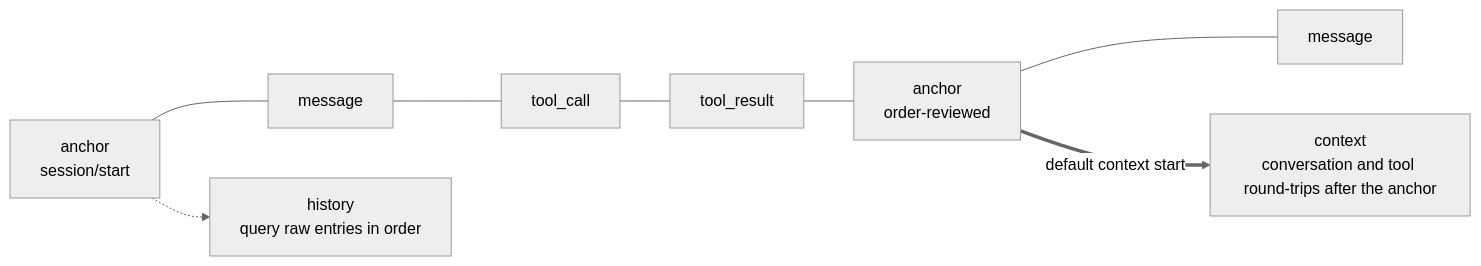
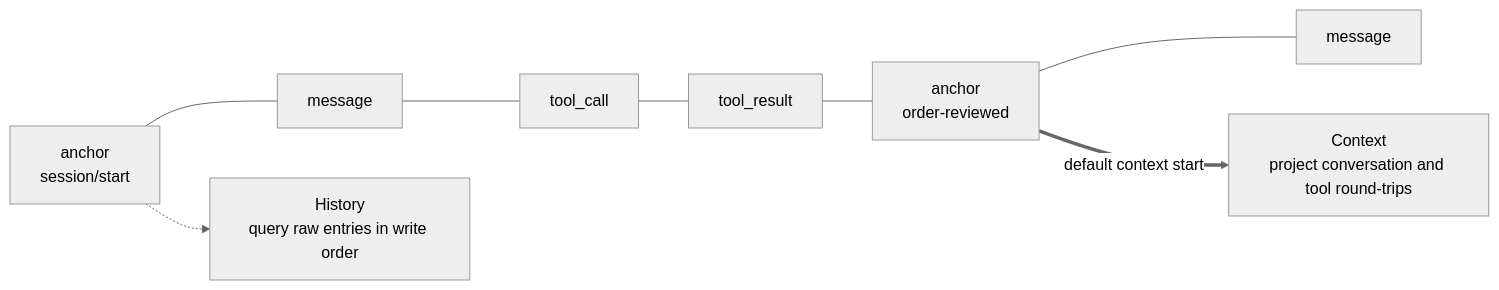
One commit to bubbuild/bub changed the diagram in website/src/content/docs/docs/concepts/tape.mdx. Above: the diagram before and after it, drawn with Mermaid (neutral theme). The commit also changed other lines of this file and 72 other files, not shown here.

````diff
--- a/website/src/content/docs/docs/concepts/tape.mdx
+++ b/website/src/content/docs/docs/concepts/tape.mdx
@@ -16,6 +16,6 @@
 ```mermaid
 flowchart LR
   E1["anchor<br/>session/start"] --- E2["message"] --- E3["tool_call"] --- E4["tool_result"] --- E5["anchor<br/>order-reviewed"] --- E6["message"]
-  E1 -.-> A["history<br/>query raw entries in order"]
-  E5 ==>|"default context start"| B["context<br/>conversation and tool round-trips after the anchor"]
+  E1 -.-> A["History<br/>query raw entries in write order"]
+  E5 ==>|"default context start"| B["Context<br/>project conversation and tool round-trips"]
 ```
````
